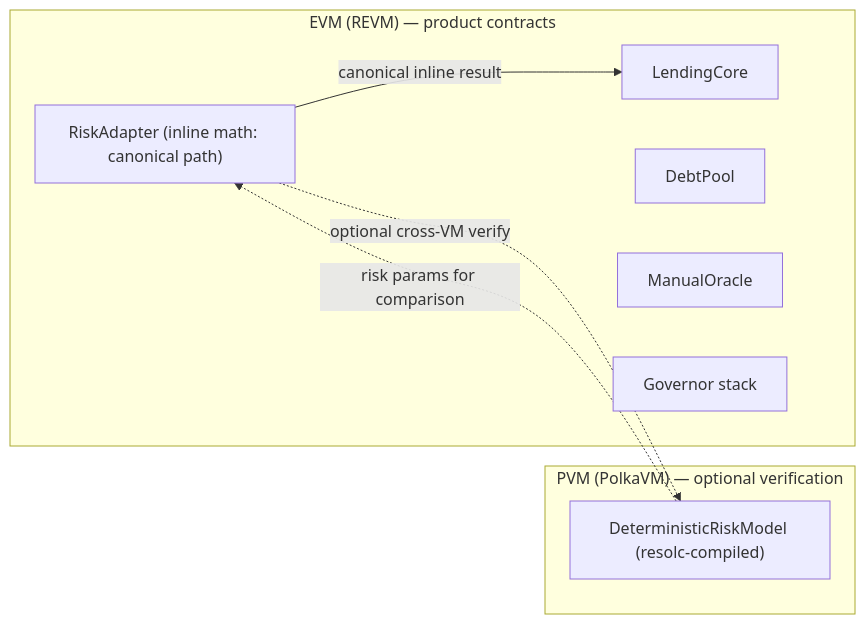
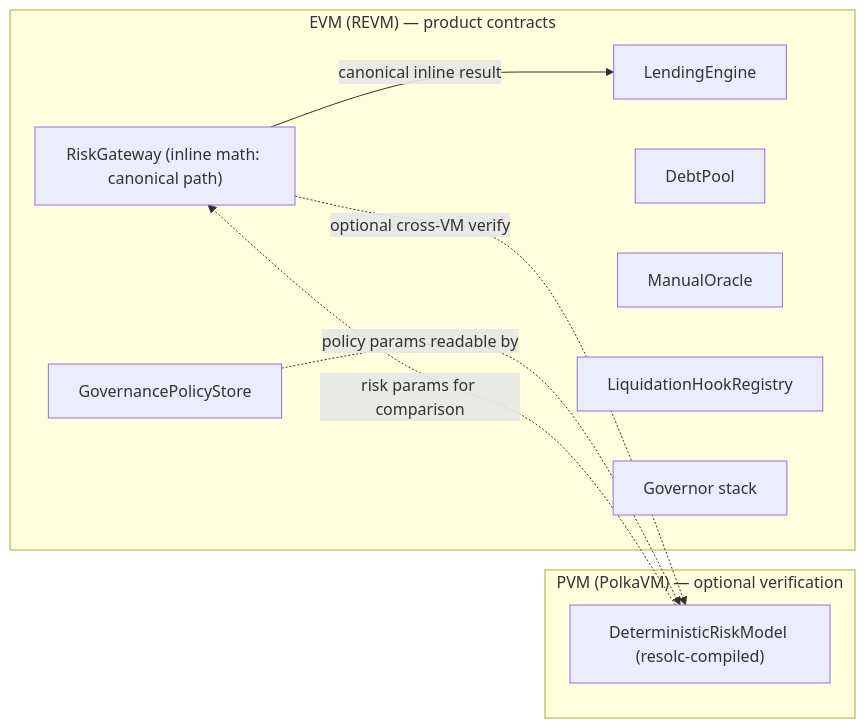
One commit to symulacr/dualvm-lending changed the fifth of 10 diagrams in README.md. Above: the diagram before and after it, drawn with Mermaid. The commit also changed other lines of this file and 2 other files, not shown here.

First line of the commit message:
docs: update architecture docs to reflect M11 bilateral-async-unified system

````diff
--- a/README.md
+++ b/README.md
@@ -154,16 +174,19 @@
 ```mermaid
 graph LR
     subgraph EVM["EVM (REVM) — product contracts"]
-        LC[LendingCore]
+        LE[LendingEngine]
         DP[DebtPool]
         MO[ManualOracle]
-        RA["RiskAdapter (inline math: canonical path)"]
+        RG["RiskGateway (inline math: canonical path)"]
+        GPS[GovernancePolicyStore]
+        HR[LiquidationHookRegistry]
         GV[Governor stack]
     end
     subgraph PVM["PVM (PolkaVM) — optional verification"]
         QE["DeterministicRiskModel (resolc-compiled)"]
     end
-    RA -->|canonical inline result| LC
-    RA -.->|optional cross-VM verify| QE
-    QE -.->|risk params for comparison| RA
+    RG -->|canonical inline result| LE
+    RG -.->|optional cross-VM verify| QE
+    QE -.->|risk params for comparison| RG
+    GPS -.->|policy params readable by| QE
 ```
````
